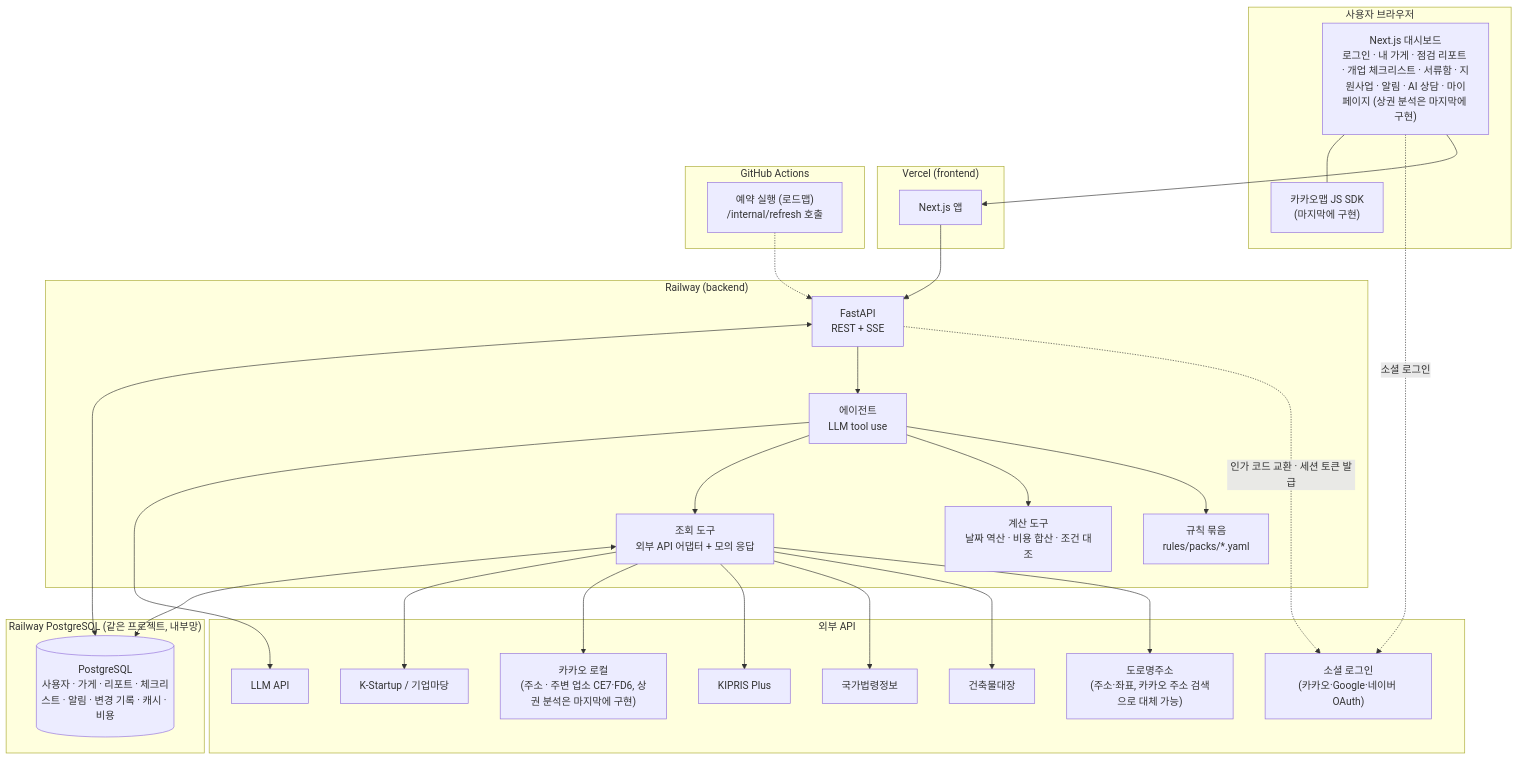
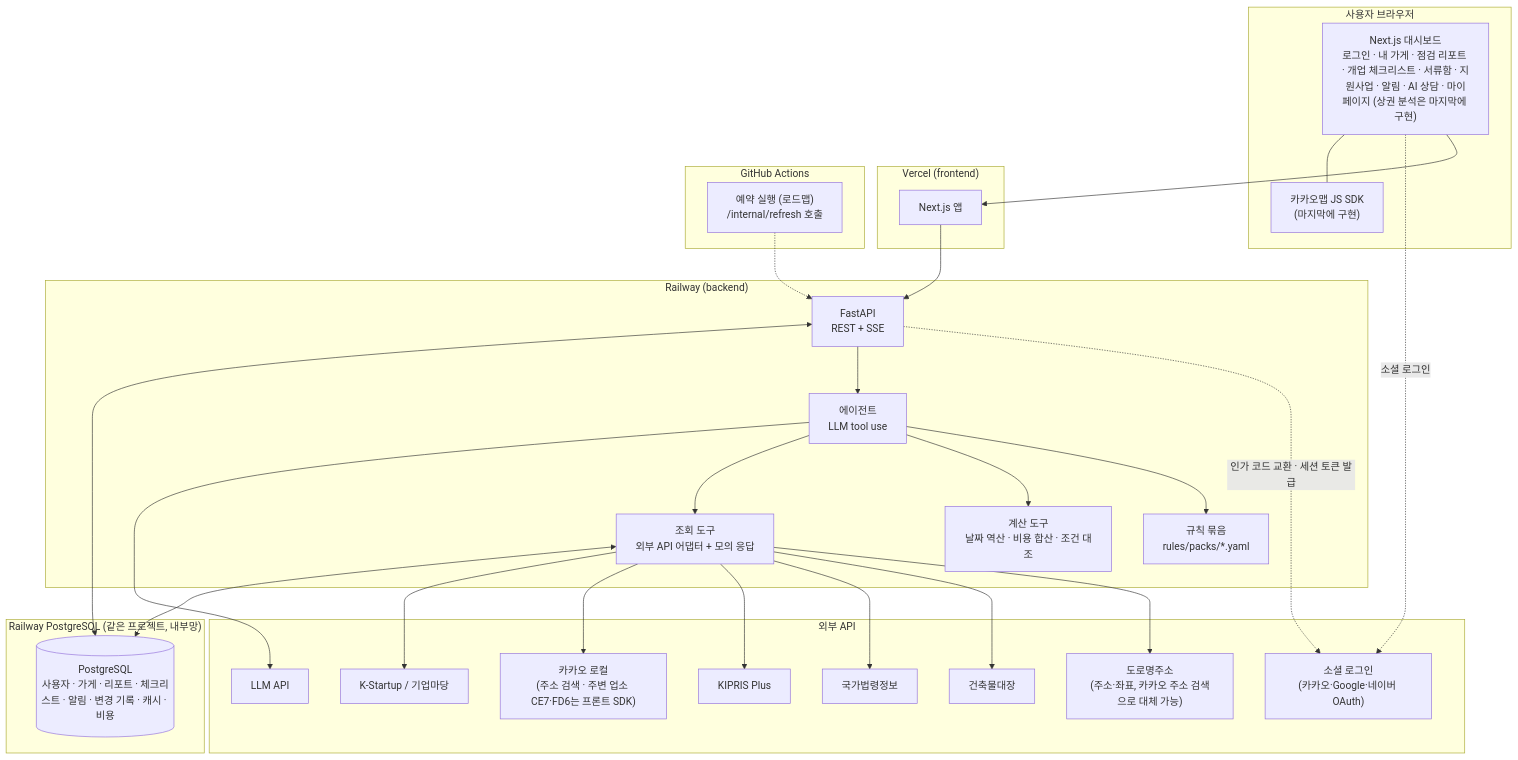
One commit to kimtaeg/Foundy changed the first of 4 diagrams in docs/아키텍처_인프라.md. Above: the diagram before and after it, drawn with Mermaid. The commit also changed other lines of this file and 39 other files, not shown here.

````diff
--- a/docs/아키텍처_인프라.md
+++ b/docs/아키텍처_인프라.md
@@ -62,52 +63,52 @@
 ```mermaid
 flowchart TB
     subgraph Client["사용자 브라우저"]
         UI["Next.js 대시보드<br/>로그인 · 내 가게 · 점검 리포트 · 개업 체크리스트 · 서류함 · 지원사업 · 알림 · AI 상담 · 마이페이지 (상권 분석은 마지막에 구현)"]
         MAP["카카오맵 JS SDK<br/>(마지막에 구현)"]
     end
 
     subgraph Vercel["Vercel (frontend)"]
         FE["Next.js 앱"]
     end
 
     subgraph Railway["Railway (backend)"]
         API["FastAPI<br/>REST + SSE"]
         AG["에이전트<br/>LLM tool use"]
         RP["규칙 묶음<br/>rules/packs/*.yaml"]
         CT["계산 도구<br/>날짜 역산 · 비용 합산 · 조건 대조"]
         TL["조회 도구<br/>외부 API 어댑터 + 모의 응답"]
     end
 
     subgraph RailwayDB["Railway PostgreSQL (같은 프로젝트, 내부망)"]
         DB[("PostgreSQL<br/>사용자 · 가게 · 리포트 · 체크리스트 · 알림 · 변경 기록 · 캐시 · 비용")]
     end
 
     subgraph GH["GitHub Actions"]
         CRON["예약 실행 (로드맵)<br/>/internal/refresh 호출"]
     end
 
     subgraph Ext["외부 API"]
         J["도로명주소<br/>(주소·좌표, 카카오 주소 검색으로 대체 가능)"]
         B["건축물대장"]
         L["국가법령정보"]
         K["KIPRIS Plus"]
-        KK["카카오 로컬<br/>(주소 · 주변 업소 CE7·FD6, 상권 분석은 마지막에 구현)"]
+        KK["카카오 로컬<br/>(주소 검색 · 주변 업소 CE7·FD6는 프론트 SDK)"]
         OA["소셜 로그인<br/>(카카오·Google·네이버 OAuth)"]
         P["K-Startup / 기업마당"]
         LLM["LLM API"]
     end
 
     UI --> FE --> API
     UI -.->|"소셜 로그인"| OA
     API -.->|"인가 코드 교환 · 세션 토큰 발급"| OA
     UI --- MAP
     API --> AG
     AG --> RP
     AG --> CT
     AG --> TL
     AG --> LLM
     TL --> J & B & L & K & KK & P
     API <--> DB
     TL <--> DB
     CRON -.-> API
 ```
````
